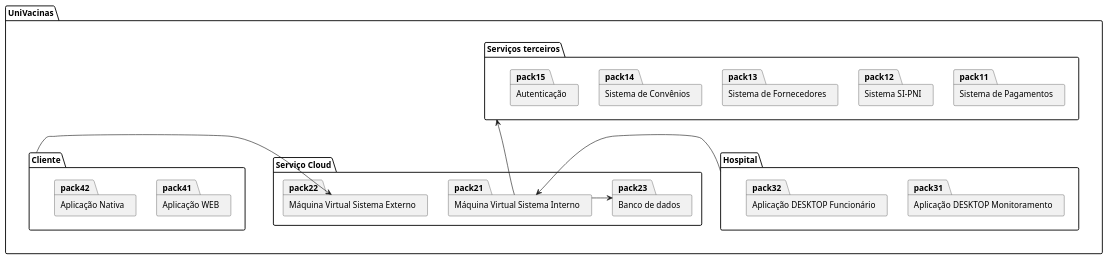
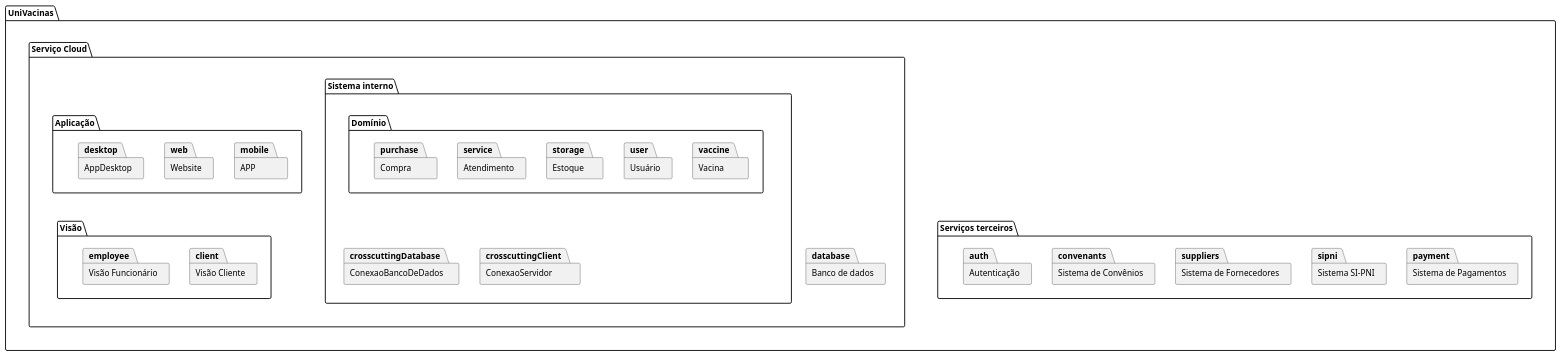
One commit to belcogo/desenv-software-diagramas changed the diagram in diagrama-pacotes.PLANTUML. Above: the diagram before and after it, drawn with PlantUML.

Commit message:
fix: ajuste diagrama package

```diff
--- a/diagrama-pacotes.PLANTUML
+++ b/diagrama-pacotes.PLANTUML
@@ -1,51 +1,68 @@
 @startuml
-package pack as "UniVacinas" {
+package system as "UniVacinas" {
 	together {
-		package   pack1 as  "Serviços terceiros" {
-			package  pack11  as "Sistema de Pagamentos" {
+		package   externalServices as  "Serviços terceiros" {
+			package  payment  as "Sistema de Pagamentos" {
 			}
-			package  pack12  as "Sistema SI-PNI" {
+			package  sipni  as "Sistema SI-PNI" {
 			}
-			package  pack13  as "Sistema de Fornecedores" {
+			package  suppliers  as "Sistema de Fornecedores" {
 			}
-			package  pack14 as  "Sistema de Convênios" {
+			package  convenants as  "Sistema de Convênios" {
 			}
-			package  pack15 as  "Autenticação" {
+			package  auth as  "Autenticação" {
 			}
 		}
-         }
-         together {
-		package pack3 as "Hospital" {
-			package pack31 as "Aplicação DESKTOP Monitoramento" {
+	}
+	together {
+		package cloud as "Serviço Cloud" {
+			package internalSystem as "Sistema interno" {
+				package domain as "Domínio" {
+				        package vaccine as "Vacina" {
+				        }
+				        package user as "Usuário" {
+				        }
+				        package storage as "Estoque" {
+				        }
+				        package service as "Atendimento" {
+				        }
+				        package purchase as "Compra" {
+				        }
+				}
+				together {
+					package crosscuttingClient as "ConexaoServidor" {
+					}
+					package crosscuttingDatabase as "ConexaoBancoDeDados" {
+					}
+				}
 			}
-			package pack32 as "Aplicação DESKTOP Funcionário" {
+			package interface as "Aplicação" {
+				package mobile as "APP" {
+				}
+				package web as "Website" {
+				}
+				package desktop as "AppDesktop" {
+				}
 			}
-		}
-		package pack2 as "Serviço Cloud" {
-			package pack21 as "Máquina Virtual Sistema Interno" {
+
+			together {
+				package presentationView as "Visão" {
+					package client as "Visão Cliente" {
+					}
+					package employee as "Visão Funcionário" {
+					}
+				}
 			}
-                        package pack22 as "Máquina Virtual Sistema Externo" {
-			}
-                        package pack23 as "Banco de dados" {
-			}
-		}
-         }
-         together {
-                package pack4 as "Cliente" {
-			package pack41 as "Aplicação WEB" {
-			}
-			package pack42 as "Aplicação Nativa" {
+
+			package database as "Banco de dados" {
 			}
 		}
 	}
 }
 
-pack1 -[hidden]-> pack3
-pack3 -[hidden]-> pack4
-
-pack21 -> pack1
-pack3 -> pack21
-pack21 -> pack23
-pack4 -> pack22
+cloud -[hidden]-> externalServices
+domain -[hidden]-> crosscuttingClient
+interface -[hidden]-> presentationView
+internalSystem -[hidden]-> database
 
 @enduml
```
